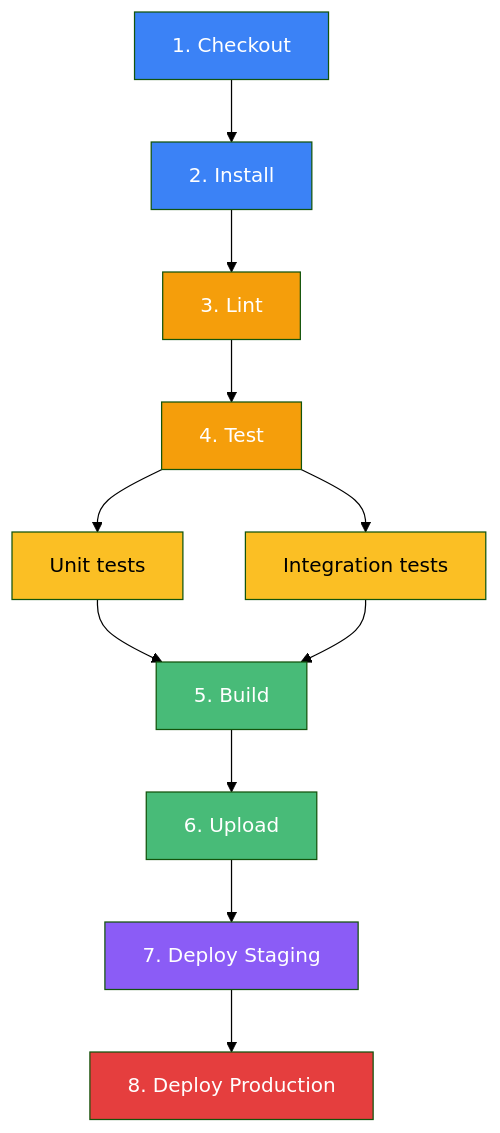
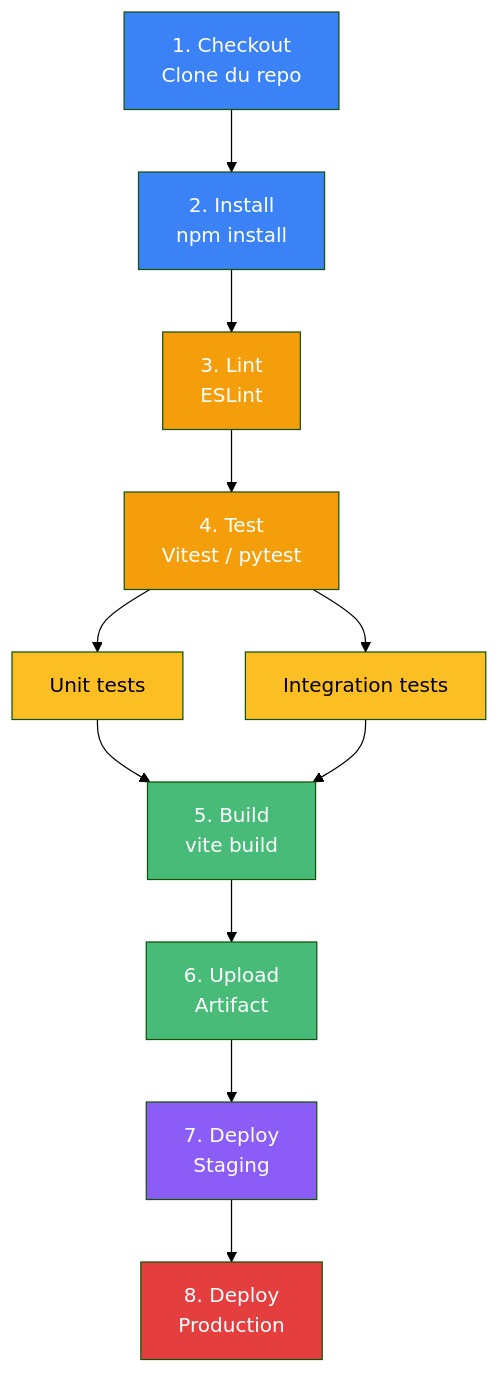
Before and after one commit to Foreach-Academy-France/formation-devops-initiation: the second of 3 diagrams in slides/05-cicd-github-actions.md, drawn with Mermaid (forest theme). The commit also changed other lines of this file, not shown here.

First line of the commit message:
🐛 fix(slides): use correct <br> syntax for Mermaid multi-line labels

```diff
--- a/slides/05-cicd-github-actions.md
+++ b/slides/05-cicd-github-actions.md
@@ -223,24 +223,24 @@
 <div class="mermaid">
 flowchart TD
-    A[1. Checkout] --> B[2. Install]
-    B --> C[3. Lint]
-    C --> D[4. Test]
+    A["1. Checkout<br>Clone du repo"] --> B["2. Install<br>npm install"]
+    B --> C["3. Lint<br>ESLint"]
+    C --> D["4. Test<br>Vitest / pytest"]
     D --> E[Unit tests]
     D --> F[Integration tests]
-    E --> G[5. Build]
+    E --> G["5. Build<br>vite build"]
     F --> G
-    G --> H[6. Upload]
-    H --> I[7. Deploy Staging]
-    I --> J[8. Deploy Production]
+    G --> H["6. Upload<br>Artifact"]
+    H --> I["7. Deploy<br>Staging"]
+    I --> J["8. Deploy<br>Production"]
 
     style A fill:#3b82f6,color:#fff
     style B fill:#3b82f6,color:#fff
     style C fill:#f59e0b,color:#fff
     style D fill:#f59e0b,color:#fff
     style E fill:#fbbf24,color:#000
     style F fill:#fbbf24,color:#000
     style G fill:#48bb78,color:#fff
     style H fill:#48bb78,color:#fff
     style I fill:#8b5cf6,color:#fff
     style J fill:#e53e3e,color:#fff
 </div>
```
